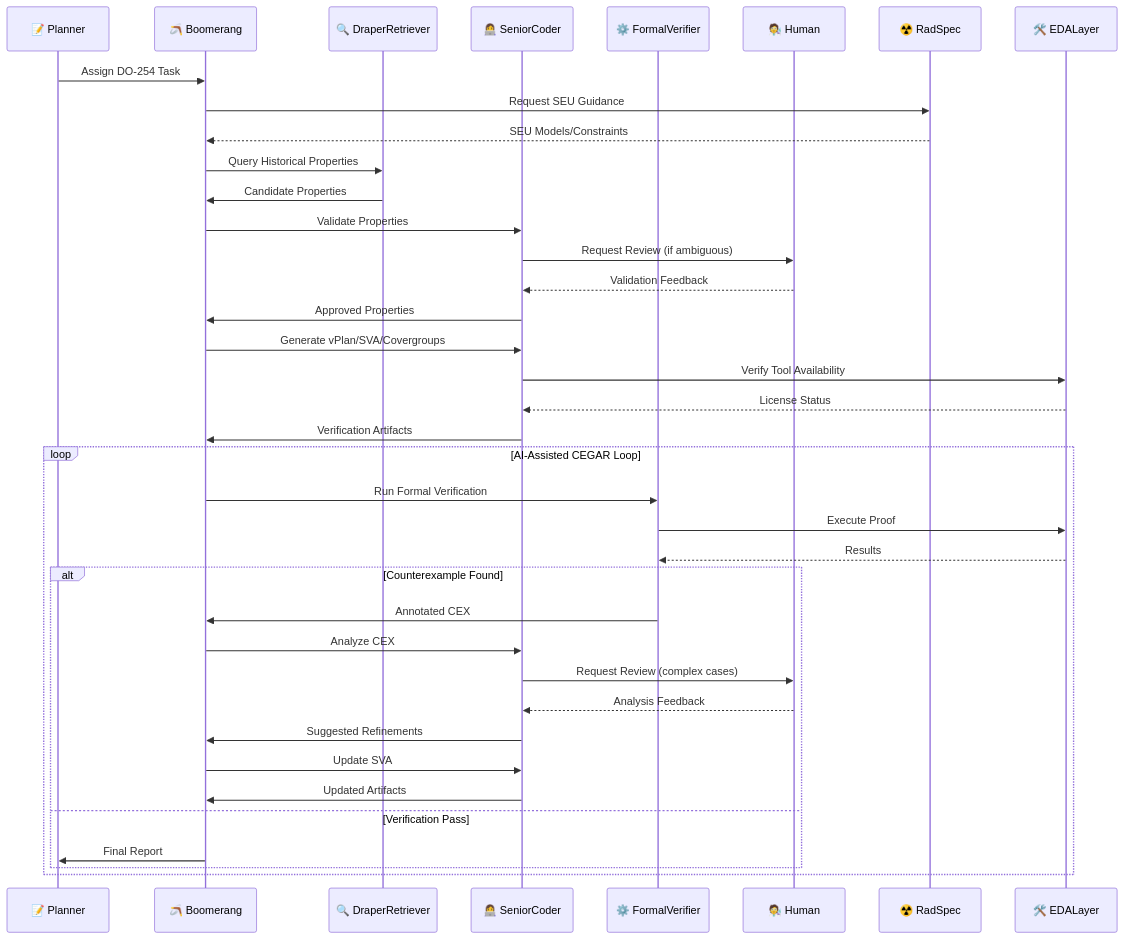
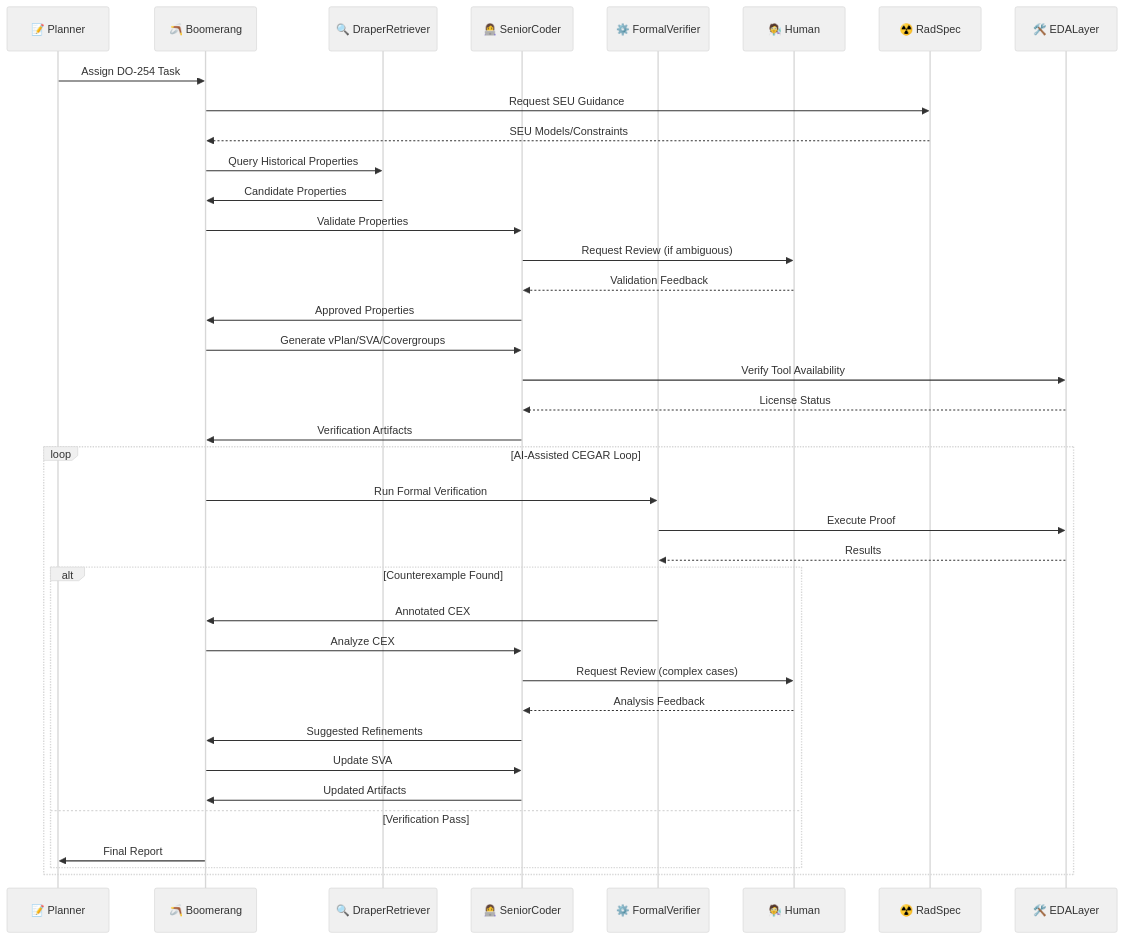
One commit to grahama1970/draper changed the diagram in draper_formal_planner/README.md. Above: the diagram before and after it, drawn with Mermaid. The commit also changed other lines of this file and 5 other files, not shown here.

````diff
--- a/draper_formal_planner/README.md
+++ b/draper_formal_planner/README.md
@@ -58,43 +58,44 @@
 ```mermaid
+%%{init: {'theme': 'base', 'themeVariables': { 'primaryColor': '#f0f0f0'}}}%%
 sequenceDiagram
     participant Planner as 📝 Planner
     participant Boomerang as 🪃 Boomerang
     participant Retriever as 🔍 DraperRetriever
     participant Coder as 👩‍💻 SeniorCoder
     participant Verifier as ⚙️ FormalVerifier
     participant Human as 🧑‍🔬 Human
     participant RadSpec as ☢️ RadSpec
     participant EDALayer as 🛠️ EDALayer
 
     Planner->>Boomerang: Assign DO-254 Task
     Boomerang->>RadSpec: Request SEU Guidance
     RadSpec-->>Boomerang: SEU Models/Constraints
     Boomerang->>Retriever: Query Historical Properties
     Retriever->>Boomerang: Candidate Properties
     Boomerang->>Coder: Validate Properties
     Coder->>Human: Request Review (if ambiguous)
     Human-->>Coder: Validation Feedback
     Coder->>Boomerang: Approved Properties
     
     Boomerang->>Coder: Generate vPlan/SVA/Covergroups
     Coder->>EDALayer: Verify Tool Availability
     EDALayer-->>Coder: License Status
     Coder->>Boomerang: Verification Artifacts
     
     loop AI-Assisted CEGAR Loop
         Boomerang->>Verifier: Run Formal Verification
         Verifier->>EDALayer: Execute Proof
         EDALayer-->>Verifier: Results
         alt Counterexample Found
             Verifier->>Boomerang: Annotated CEX
             Boomerang->>Coder: Analyze CEX
             Coder->>Human: Request Review (complex cases)
             Human-->>Coder: Analysis Feedback
             Coder->>Boomerang: Suggested Refinements
             Boomerang->>Coder: Update SVA
             Coder->>Boomerang: Updated Artifacts
         else Verification Pass
             Boomerang->>Planner: Final Report
         end
     end
 ```
````
